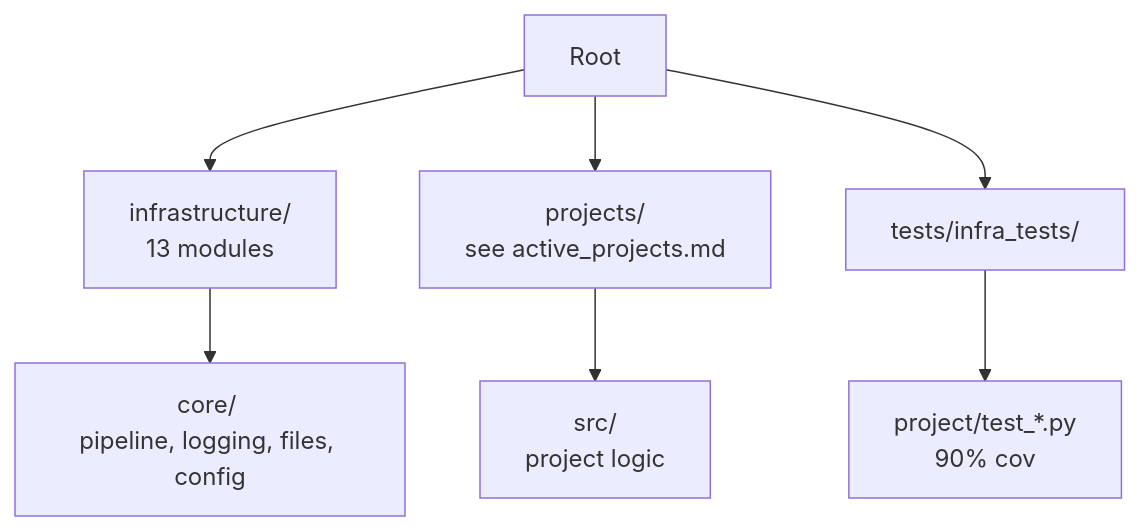
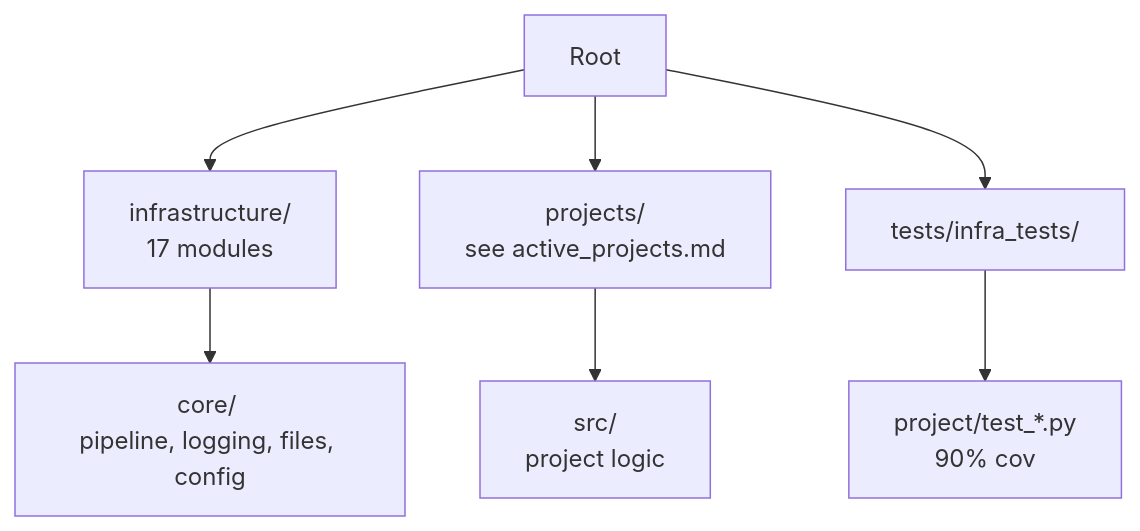
The diagram in docs/_generated/canonical_facts.md (docxology/template), drawn with Mermaid before and after one commit. The commit also changed other lines of this file and 822 other files, not shown here.

````diff
--- a/docs/_generated/canonical_facts.md
+++ b/docs/_generated/canonical_facts.md
@@ -126,9 +161,9 @@
 ```mermaid
 flowchart TD
-    Root[Root] --> Infra[infrastructure/ <br/>13 modules]
+    Root[Root] --> Infra[infrastructure/ <br/>17 modules]
     Root --> Projects[projects/ <br/>see active_projects.md]
     Root --> Tests[tests/infra_tests/]
     Infra --> Core[core/ <br/>pipeline, logging, files, config]
     Projects --> Src[src/ <br/>project logic]
     Tests --> ProjectTests[project/test_*.py <br/>90% cov]
 ```
````
